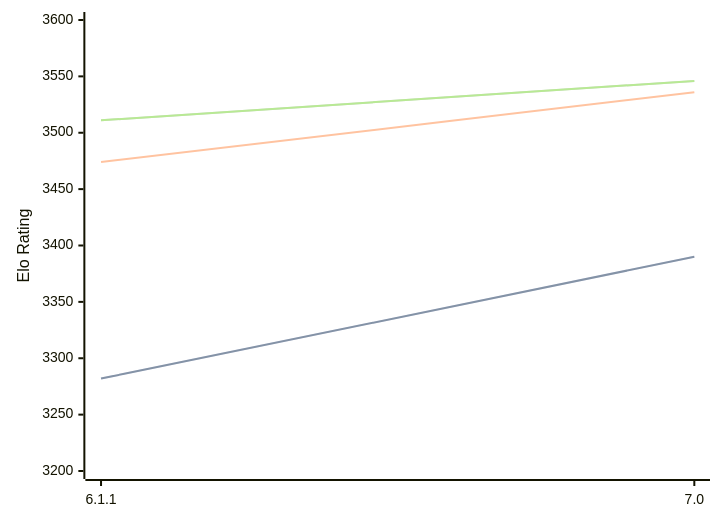
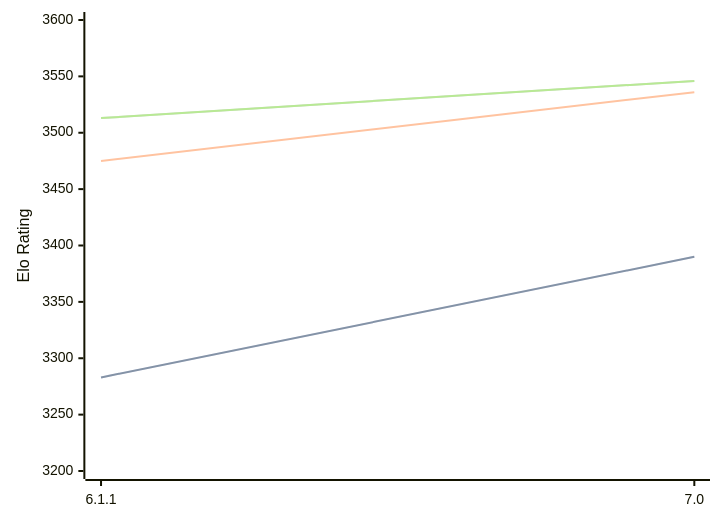
The diagram in engines/Astra.md (computer-chess-index/cci), drawn with Mermaid before and after one commit. The commit also changed other lines of this file, not shown here.

Commit message:
Update CCI Ratings (ELO VLTC) - 2026-08-27

````diff
--- a/engines/Astra.md
+++ b/engines/Astra.md
@@ -32,11 +32,11 @@
 ```mermaid
 %%{init: {"theme":"base","themeVariables":{"seriesColors:['#a3a3a3','#222221','#faa371']}}}%%
 xychart-beta
   x-axis ["6.1.1", "7.0"]
   y-axis "Elo Rating" 3200 --> 3600
-  line "STC (8.0+0.08s)" [3282, 3390]
-  line "STC (8.0+0.08s)" [3282, 3390]
-  line "LTC (60.0+0.60s)" [3474, 3536]
-  line "VLTC (2m24s+1.12s)" [3511, 3546]
-  line "VLTC (2m24s+1.12s)" [3511, 3546]
+  line "STC (8.0+0.08s)" [3283, 3390]
+  line "STC (8.0+0.08s)" [3283, 3390]
+  line "LTC (60.0+0.60s)" [3475, 3536]
+  line "VLTC (2m24s+1.12s)" [3513, 3546]
+  line "VLTC (2m24s+1.12s)" [3513, 3546]
 ```
````
